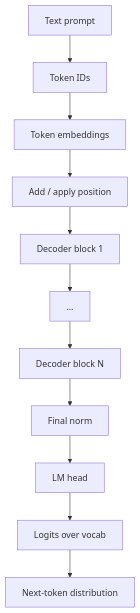
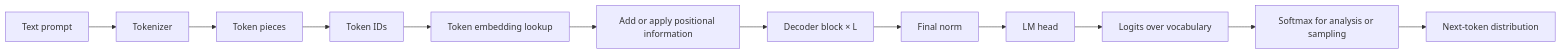
The first of 4 diagrams in llms/02_transformer_architecture.md (nawab-ali/mlsys-prep), drawn with Mermaid before and after one commit. The commit also changed other lines of this file, not shown here.

Commit message:
Refresh Transformer architecture module

````diff
--- a/llms/02_transformer_architecture.md
+++ b/llms/02_transformer_architecture.md
@@ -110,13 +556,14 @@
 ```mermaid
-flowchart TD
-A["Text prompt"] --> B["Token IDs"]
-B --> C["Token embeddings"]
-C --> D["Add / apply position"]
-D --> E["Decoder block 1"]
-E --> F["..."]
-F --> G["Decoder block N"]
-G --> H["Final norm"]
-H --> I["LM head"]
-I --> J["Logits over vocab"]
-J --> K["Next-token distribution"]
+flowchart LR
+    A["Text prompt"] --> B["Tokenizer"]
+    B --> C["Token pieces"]
+    C --> D["Token IDs"]
+    D --> E["Token embedding lookup"]
+    E --> F["Add or apply positional information"]
+    F --> G["Decoder block × L"]
+    G --> H["Final norm"]
+    H --> I["LM head"]
+    I --> J["Logits over vocabulary"]
+    J --> K["Softmax for analysis or sampling"]
+    K --> L["Next-token distribution"]
 ```
````
